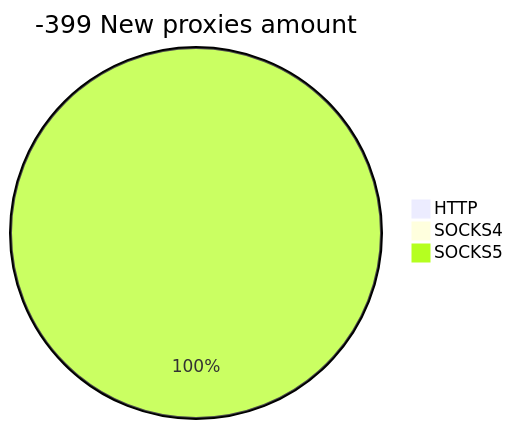
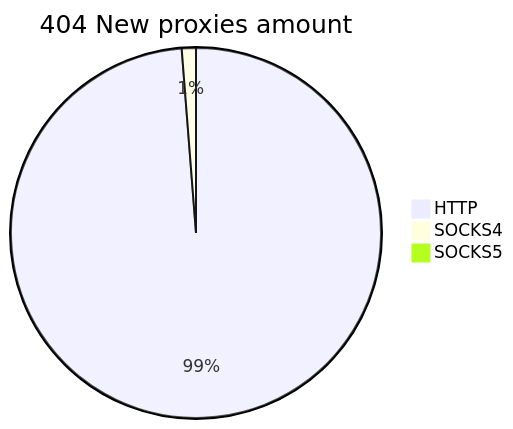
One commit to cutipu/proxylist changed the second of 2 diagrams in README.md. Above: the diagram before and after it, drawn with Mermaid. The commit also changed other lines of this file, not shown here.

````diff
--- a/README.md
+++ b/README.md
@@ -10,6 +10,6 @@
 ```mermaid
-pie title -399 New proxies amount
-    "HTTP" : 0
-    "SOCKS4" : 0
-    "SOCKS5" : 1
+pie title 404 New proxies amount
+    "HTTP" : 400
+    "SOCKS4" : 5
+    "SOCKS5" : 0
 ```
````
